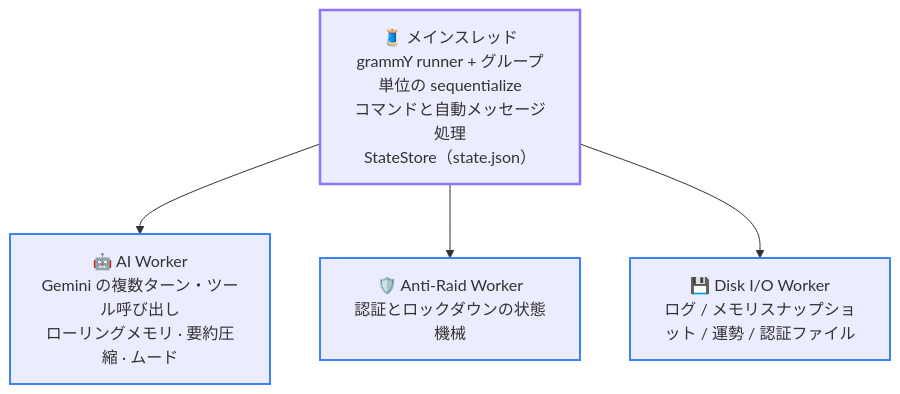
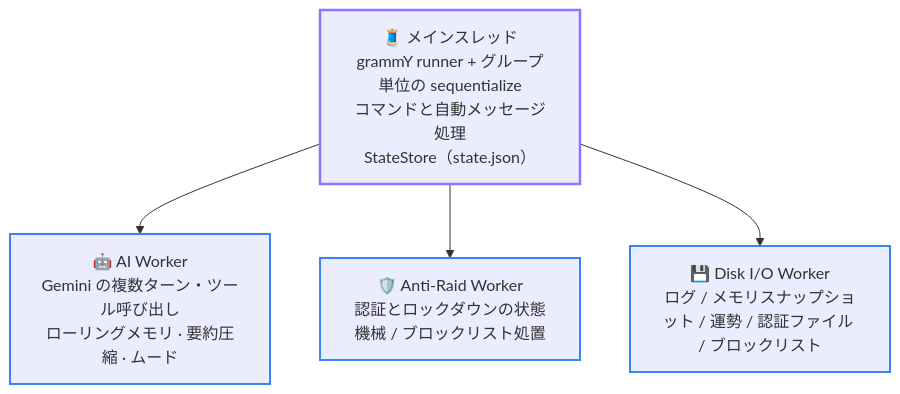
The first of 2 diagrams in docs/ja/02-architecture.md (Asashishi/copy_ninjia), drawn with Mermaid before and after one commit. The commit also changed other lines of this file and 152 other files, not shown here.

````diff
--- a/docs/ja/02-architecture.md
+++ b/docs/ja/02-architecture.md
@@ -17,14 +17,14 @@
 ```mermaid
 flowchart TD
     classDef main stroke:#8e75ff,stroke-width:2.5px;
     classDef worker stroke:#3b82f6,stroke-width:2px;
 
     MAIN["🧵 メインスレッド<br/>grammY runner + グループ単位の sequentialize<br/>コマンドと自動メッセージ処理<br/>StateStore（state.json）"]:::main
     AI["🤖 AI Worker<br/>Gemini の複数ターン・ツール呼び出し<br/>ローリングメモリ · 要約圧縮 · ムード"]:::worker
-    RAID["🛡️ Anti-Raid Worker<br/>認証とロックダウンの状態機械"]:::worker
-    DISK["💾 Disk I/O Worker<br/>ログ / メモリスナップショット / 運勢 / 認証ファイル"]:::worker
+    RAID["🛡️ Anti-Raid Worker<br/>認証とロックダウンの状態機械 / ブロックリスト処置"]:::worker
+    DISK["💾 Disk I/O Worker<br/>ログ / メモリスナップショット / 運勢 / 認証ファイル / ブロックリスト"]:::worker
 
     MAIN --> AI
     MAIN --> RAID
     MAIN --> DISK
 ```
````
